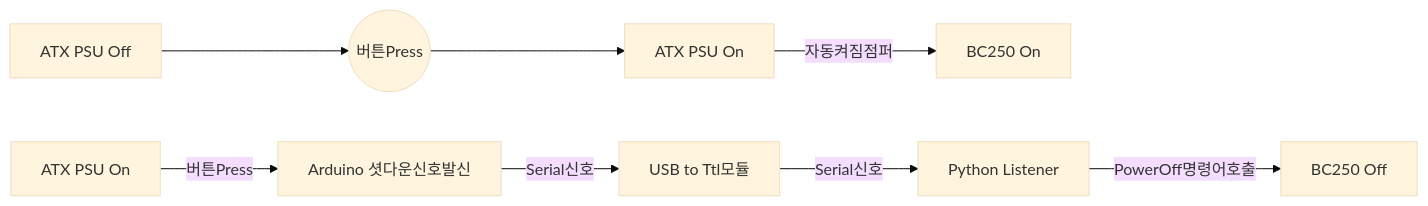
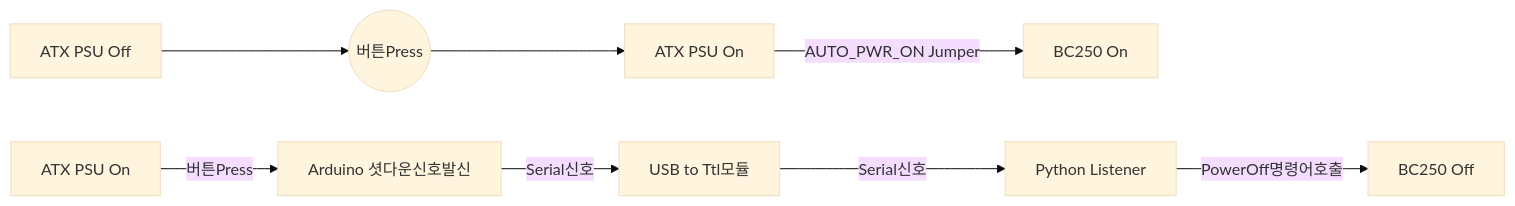
One commit to coolsolgit/BC250-ATX-PSU-Control changed the first of 2 diagrams in README.md. Above: the diagram before and after it, drawn with Mermaid (base theme).

````diff
--- a/README.md
+++ b/README.md
@@ -23,11 +23,11 @@
 ```mermaid
 flowchart LR
 A1[ATX PSU Off] --> B1((버튼Press))
   B1 --> C1[ATX PSU On]
-  C1 -->|자동켜짐점퍼| D1[BC250 On]
+  C1 -->|AUTO_PWR_ON Jumper| D1[BC250 On]
 D[ATX PSU On] -->|버튼Press| E[Arduino 셧다운신호발신]
   E -->|Serial신호| F[USB to Ttl모듈]
   F -->|Serial신호| G[Python Listener]
   G -->|PowerOff명령어호출| H[BC250 Off]
 
 ```
````
